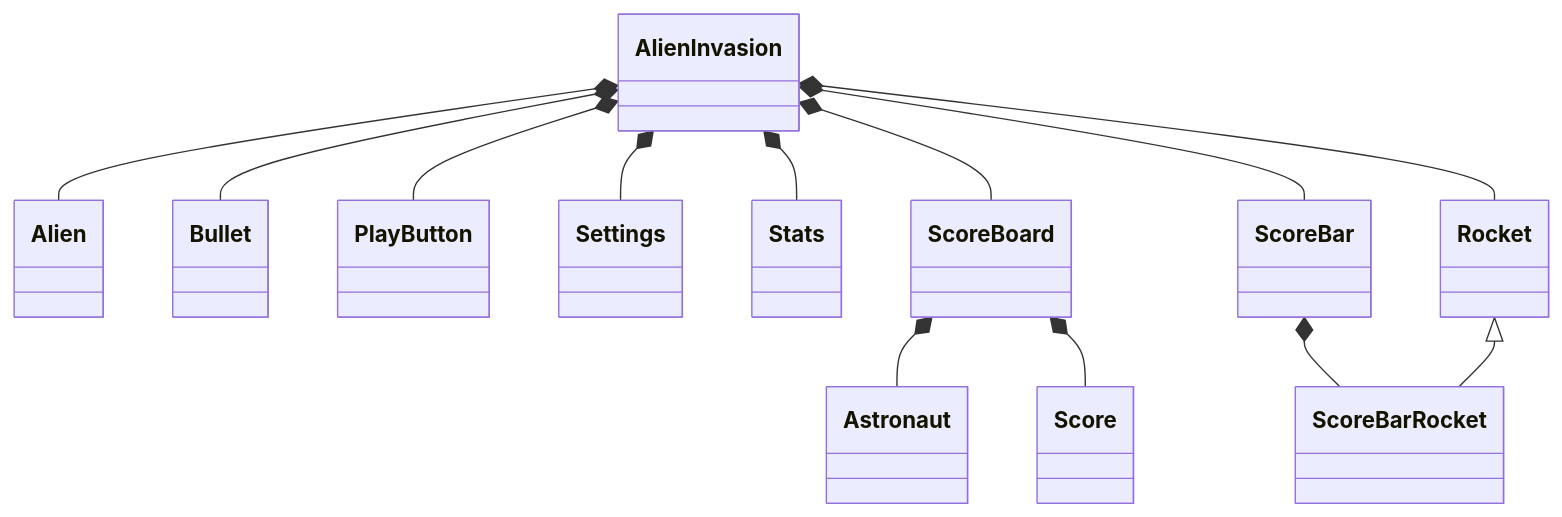
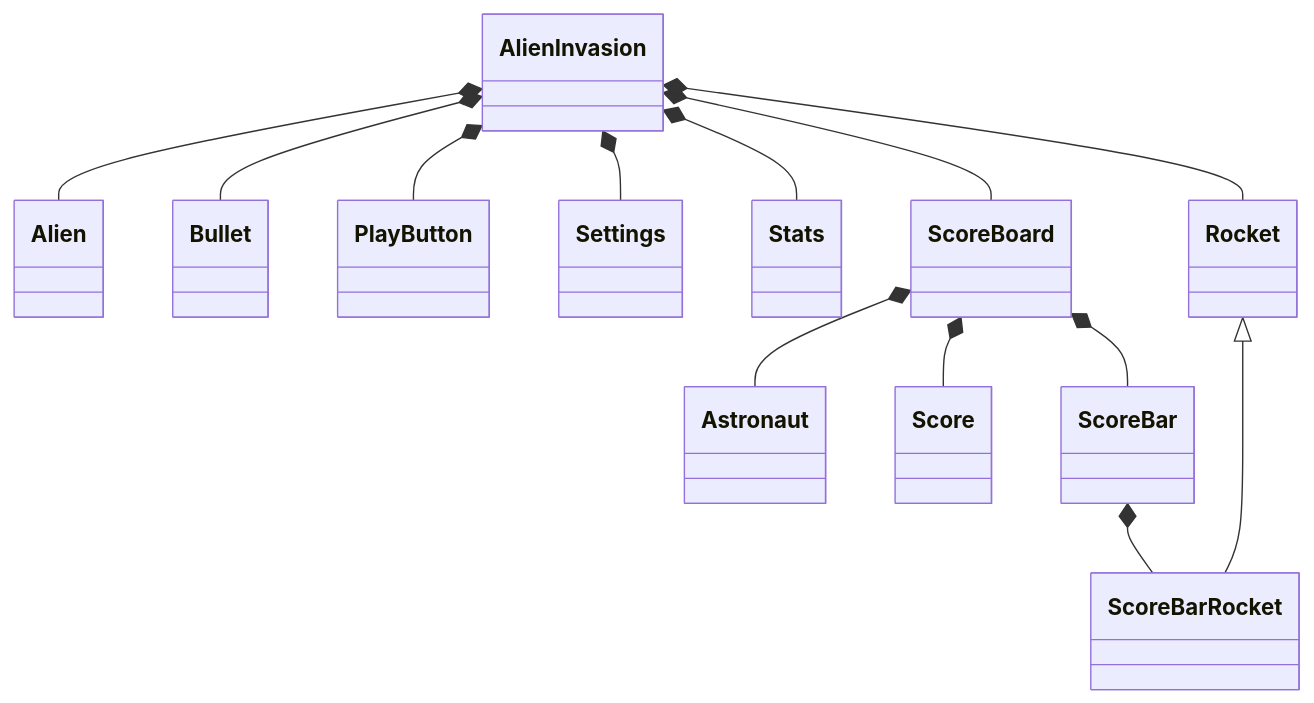
Before and after one commit to LucasDondo/python_crash_course: the diagram in Part 2/Project 1. Alien Invasion/alien_invasion_by_me/README.md, drawn with Mermaid. The commit also changed 9 other files, not shown here.

Commit message:
M2 Moved Settings to each module's specific attributes and ScoreBar to the scoreboard module.

```diff
--- a/Part 2/Project 1. Alien Invasion/alien_invasion_by_me/README.md
+++ b/Part 2/Project 1. Alien Invasion/alien_invasion_by_me/README.md
@@ -2,40 +2,40 @@
 ::: mermaid
 classDiagram
 direction BT
 
 class AlienInvasion
 
 class Alien
 Alien --* AlienInvasion
 
 class Bullet
 Bullet --* AlienInvasion
 
 class PlayButton
 PlayButton --* AlienInvasion
 
 class Settings
 Settings --* AlienInvasion
 
 class Stats
 Stats --* AlienInvasion
 
 class ScoreBoard
 ScoreBoard --* AlienInvasion
 
 class Astronaut
 Astronaut --* ScoreBoard
 
 class Score
 Score --* ScoreBoard
 
 class ScoreBar
-ScoreBar --* AlienInvasion
+ScoreBar --* ScoreBoard
 
 class ScoreBarRocket
 ScoreBarRocket --|> Rocket
 ScoreBarRocket --*  ScoreBar
 
 class Rocket
 Rocket --* AlienInvasion
 :::
```
